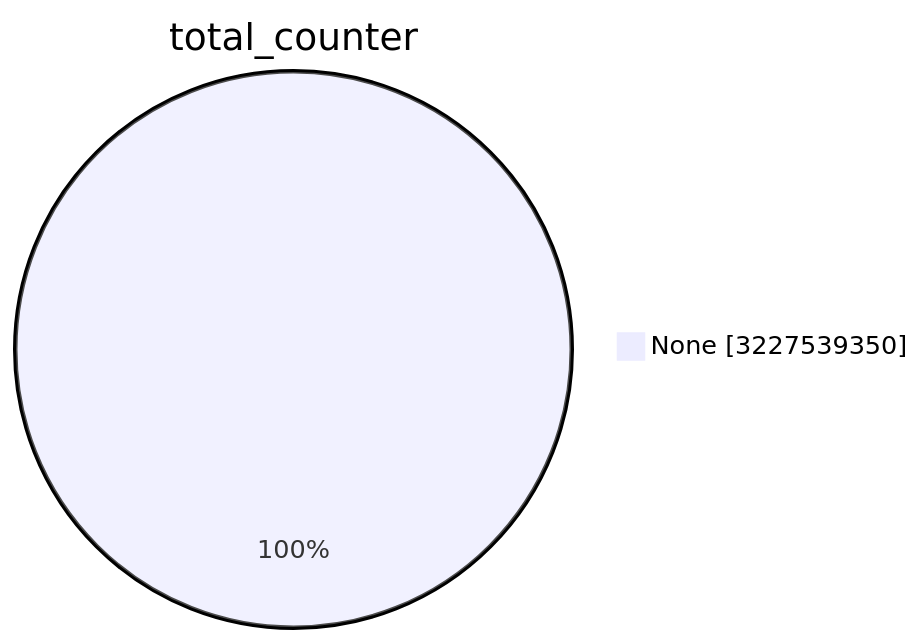
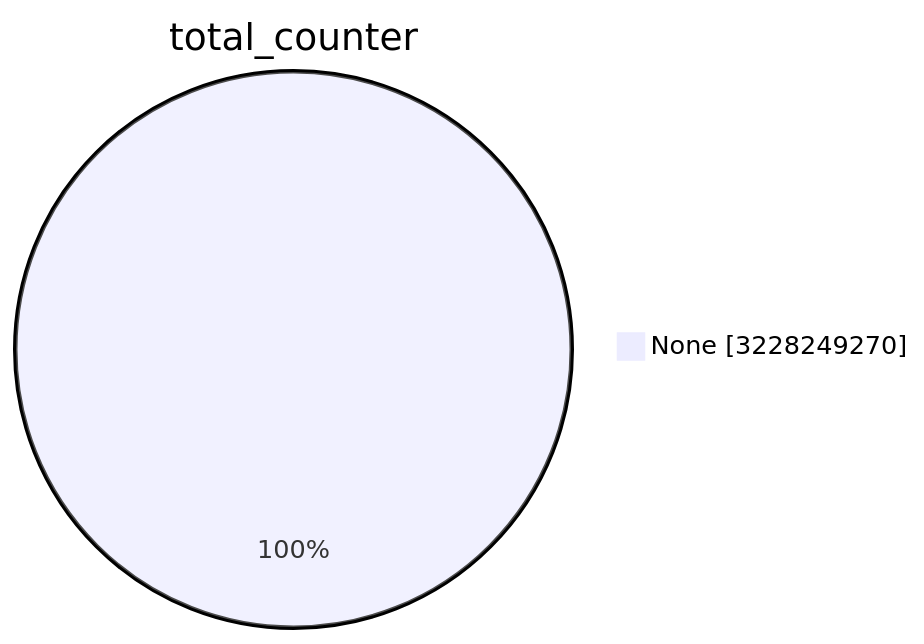
One commit to christiankrug/ctmonitor_visualization changed the first of 15 diagrams in TOTAL/README.md. Above: the diagram before and after it, drawn with Mermaid. The commit also changed other lines of this file, not shown here.

````diff
--- a/TOTAL/README.md
+++ b/TOTAL/README.md
@@ -1,5 +1,5 @@
 ```mermaid
 pie showData
 title total_counter
-"None" :3227539350
+"None" :3228249270
 ```
````
